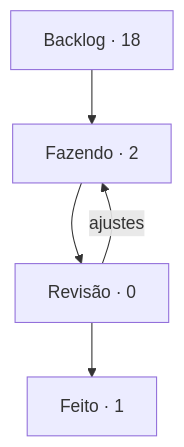
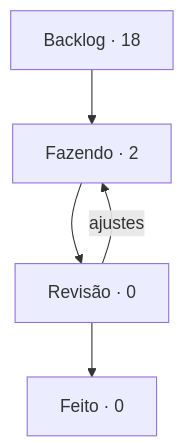
One commit to StudioVibi/VibiKanban changed the diagram in boards/dungeon-bend/BOARD.md. Above: the diagram before and after it, drawn with Mermaid. The commit also changed other lines of this file and 1 other file, not shown here.

````diff
--- a/boards/dungeon-bend/BOARD.md
+++ b/boards/dungeon-bend/BOARD.md
@@ -5,10 +5,10 @@
 ```mermaid
 flowchart TD
   backlog["Backlog · 18"] --> doing["Fazendo · 2"]
   doing --> review["Revisão · 0"]
-  review --> done["Feito · 1"]
+  review --> done["Feito · 0"]
   review -->|ajustes| doing
   doing:::blue
   review:::yellow
   done:::green
 ```
````
